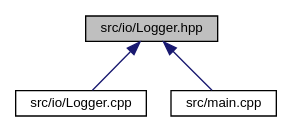
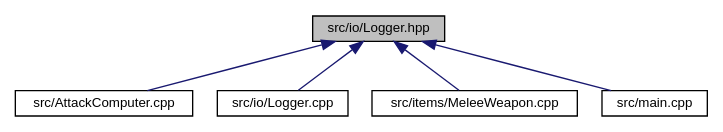
The diagram in _logger_8hpp__dep__incl.dot (Wisteca/FilRougeDoc), drawn with Graphviz before and after one commit. The commit also changed 191 other files, not shown here.

```diff
--- a/_logger_8hpp__dep__incl.dot
+++ b/_logger_8hpp__dep__incl.dot
@@ -1,11 +1,15 @@
 digraph "src/io/Logger.hpp"
 {
  // LATEX_PDF_SIZE
   edge [fontname="Helvetica",fontsize="10",labelfontname="Helvetica",labelfontsize="10"];
   node [fontname="Helvetica",fontsize="10",shape=record];
   Node1 [label="src/io/Logger.hpp",height=0.2,width=0.4,color="black", fillcolor="grey75", style="filled", fontcolor="black",tooltip="Singleton that manages logs, their severity and files."];
   Node1 -> Node2 [dir="back",color="midnightblue",fontsize="10",style="solid",fontname="Helvetica"];
-  Node2 [label="src/io/Logger.cpp",height=0.2,width=0.4,color="black", fillcolor="white", style="filled",URL="$_logger_8cpp.html",tooltip="Implementation of Logger class."];
+  Node2 [label="src/AttackComputer.cpp",height=0.2,width=0.4,color="black", fillcolor="white", style="filled",URL="$_attack_computer_8cpp_source.html",tooltip=" "];
   Node1 -> Node3 [dir="back",color="midnightblue",fontsize="10",style="solid",fontname="Helvetica"];
-  Node3 [label="src/main.cpp",height=0.2,width=0.4,color="black", fillcolor="white", style="filled",URL="$main_8cpp_source.html",tooltip=" "];
+  Node3 [label="src/io/Logger.cpp",height=0.2,width=0.4,color="black", fillcolor="white", style="filled",URL="$_logger_8cpp.html",tooltip="Implementation of Logger class."];
+  Node1 -> Node4 [dir="back",color="midnightblue",fontsize="10",style="solid",fontname="Helvetica"];
+  Node4 [label="src/items/MeleeWeapon.cpp",height=0.2,width=0.4,color="black", fillcolor="white", style="filled",URL="$_melee_weapon_8cpp.html",tooltip="A Melee Weapon is used to make physical damages, for example a sword."];
+  Node1 -> Node5 [dir="back",color="midnightblue",fontsize="10",style="solid",fontname="Helvetica"];
+  Node5 [label="src/main.cpp",height=0.2,width=0.4,color="black", fillcolor="white", style="filled",URL="$main_8cpp_source.html",tooltip=" "];
 }
```
